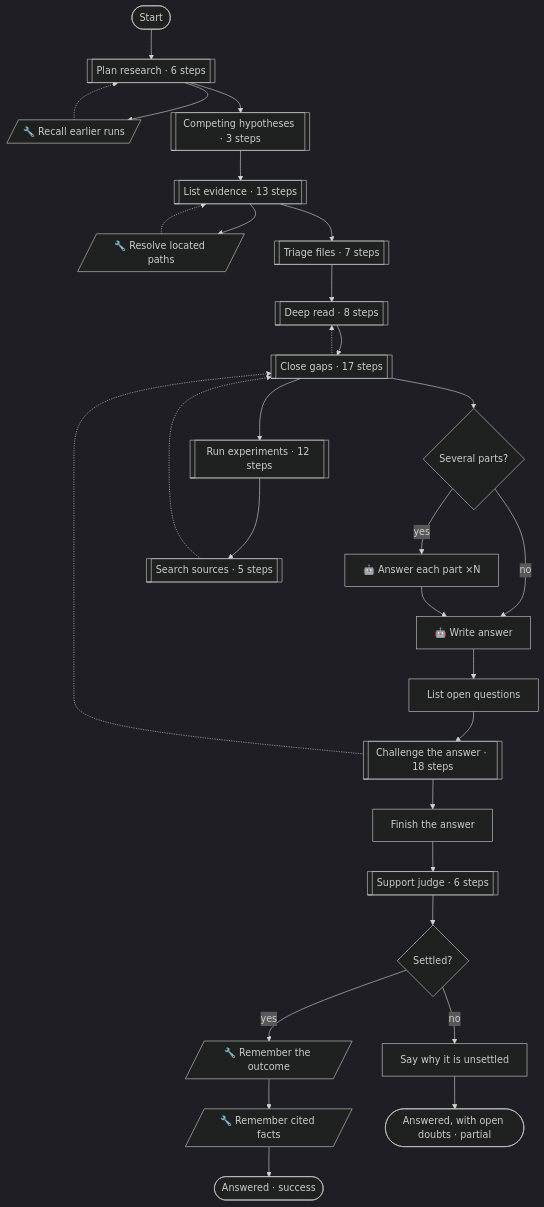
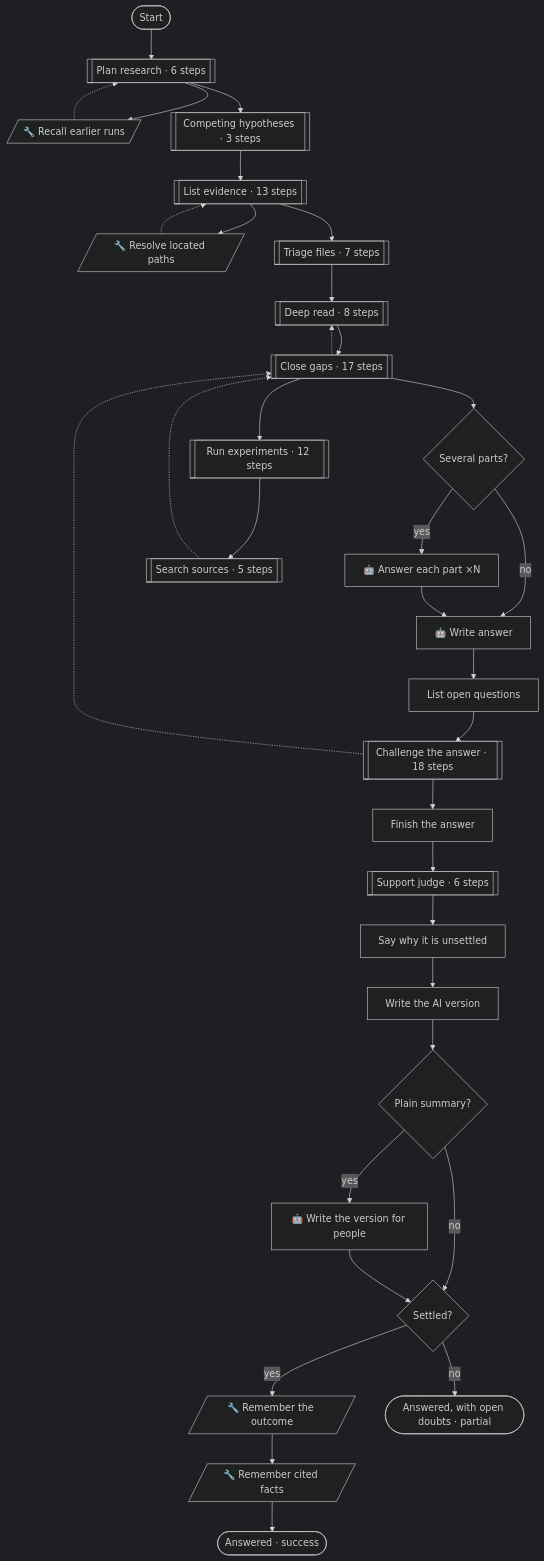
Before and after one commit to pirty6/symphony-core: the first of 7 diagrams in docs/patterns.md, drawn with Mermaid (dark theme). The commit also changed other lines of this file and 5 other files, not shown here.

First line of the commit message:
investigate: two versions of the result, one for people (plain, ASD-STE100), one for an AI agent (complete brief)

````diff
--- a/docs/patterns.md
+++ b/docs/patterns.md
@@ -95,56 +116,63 @@
 ```mermaid
 flowchart TD
   n_start(["Start"])
   n_recall[/"🔧 Recall earlier runs"/]
   n_resolveScope[/"🔧 Resolve located paths"/]
   n_multiPart{"Several parts?"}
   n_answerParts["🤖 Answer each part ×N"]
   n_answer["🤖 Write answer"]
   n_listOpen["List open questions"]
   n_attachParts["Finish the answer"]
   n_settled{"Settled?"}
   n_noteDoubts["Say why it is unsettled"]
+  n_handoffDoc["Write the AI version"]
+  n_wantPlain{"Plain summary?"}
+  n_explain["🤖 Write the version for people"]
   n_learnAnswer[/"🔧 Remember the outcome"/]
   n_rememberCited[/"🔧 Remember cited facts"/]
   n_done(["Answered · success"])
   n_doubts(["Answered, with open doubts · partial"])
   n_planPhase[["Plan research · 6 steps"]]
   n_hypothesesPhase[["Competing hypotheses · 3 steps"]]
   n_listPhase[["List evidence · 13 steps"]]
   n_triagePhase[["Triage files · 7 steps"]]
   n_deepPhase[["Deep read · 8 steps"]]
   n_experimentPhase[["Run experiments · 12 steps"]]
   n_sourcePhase[["Search sources · 5 steps"]]
   n_gapPhase[["Close gaps · 17 steps"]]
   n_challengePhase[["Challenge the answer · 18 steps"]]
   n_judgePhase[["Support judge · 6 steps"]]
   n_start --> n_planPhase
   n_planPhase --> n_recall
   n_recall -.-> n_planPhase
   n_planPhase --> n_hypothesesPhase
   n_hypothesesPhase --> n_listPhase
   n_listPhase --> n_resolveScope
   n_resolveScope -.-> n_listPhase
   n_listPhase --> n_triagePhase
   n_triagePhase --> n_deepPhase
   n_deepPhase --> n_gapPhase
   n_gapPhase --> n_experimentPhase
   n_experimentPhase --> n_sourcePhase
   n_sourcePhase -.-> n_gapPhase
   n_gapPhase -.-> n_deepPhase
   n_gapPhase --> n_multiPart
   n_multiPart -->|"yes"| n_answerParts
   n_multiPart -->|"no"| n_answer
   n_answerParts --> n_answer
   n_answer --> n_listOpen
   n_listOpen --> n_challengePhase
   n_challengePhase --> n_attachParts
   n_challengePhase -.-> n_gapPhase
   n_attachParts --> n_judgePhase
-  n_judgePhase --> n_settled
+  n_judgePhase --> n_noteDoubts
+  n_noteDoubts --> n_handoffDoc
+  n_handoffDoc --> n_wantPlain
+  n_wantPlain -->|"yes"| n_explain
+  n_wantPlain -->|"no"| n_settled
+  n_explain --> n_settled
   n_settled -->|"yes"| n_learnAnswer
-  n_settled -->|"no"| n_noteDoubts
+  n_settled -->|"no"| n_doubts
   n_learnAnswer --> n_rememberCited
   n_rememberCited --> n_done
-  n_noteDoubts --> n_doubts
 ```
````
